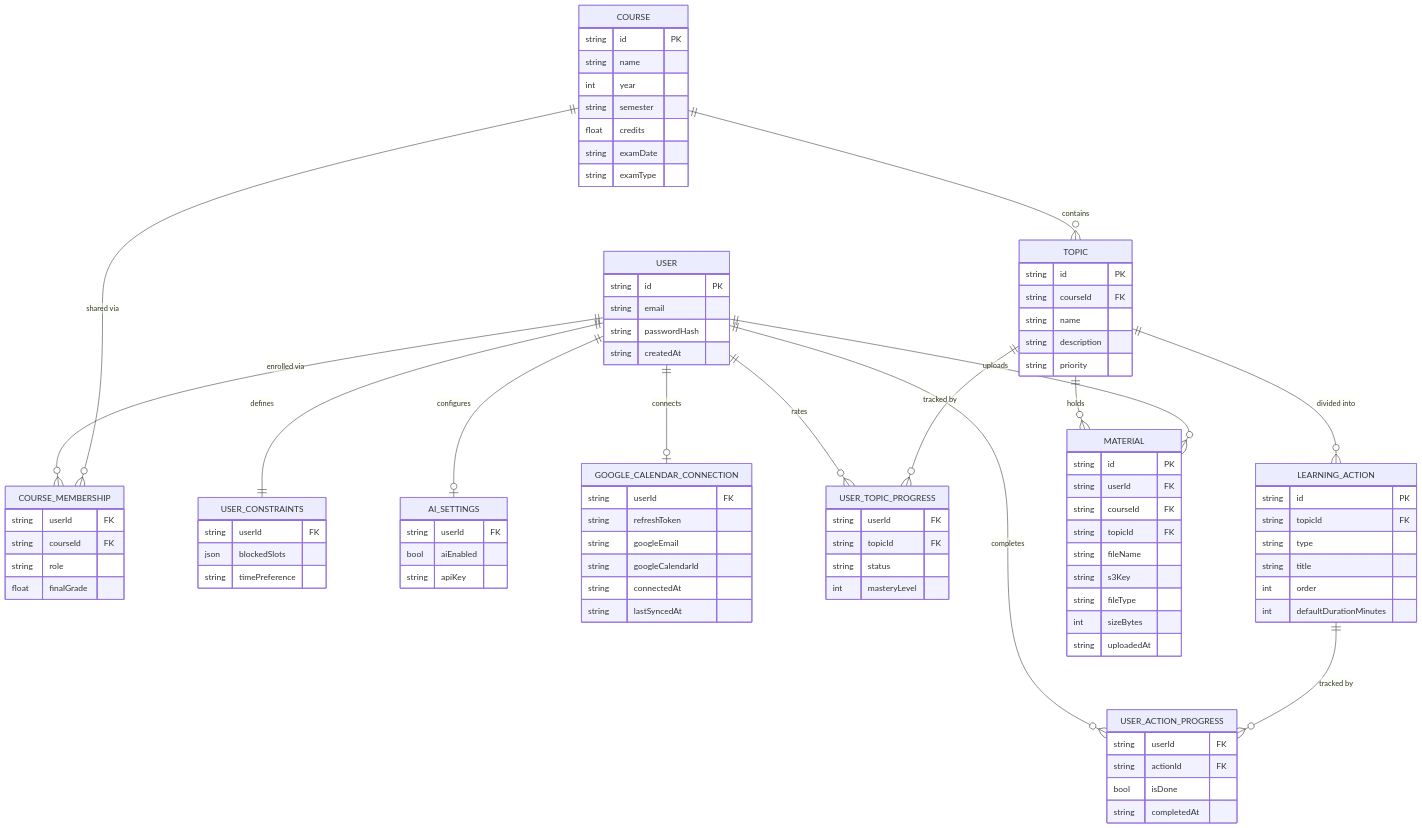
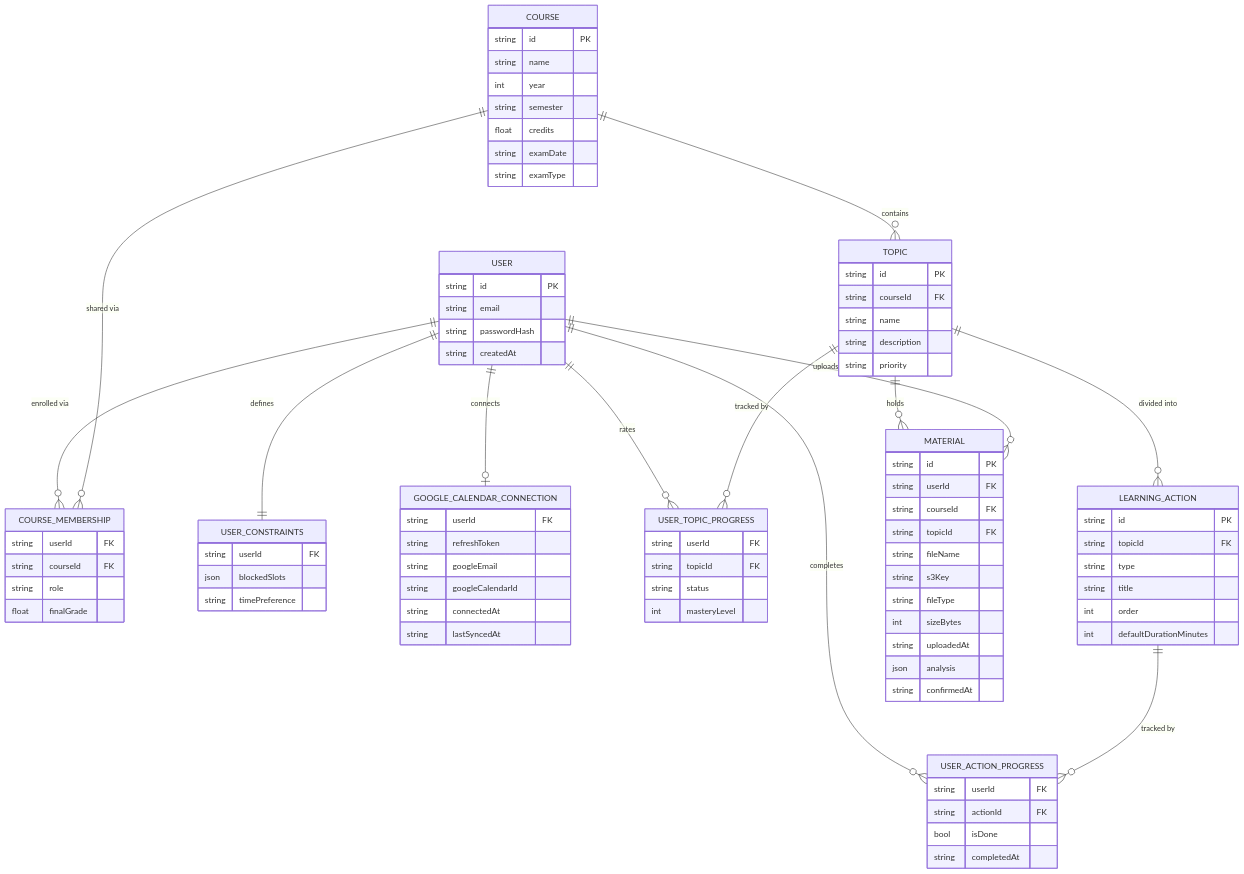
One commit to barbh1913/LearnSprint- changed the diagram in docs/erd.md. Above: the diagram before and after it, drawn with Mermaid. The commit also changed other lines of this file and 6 other files, not shown here.

```diff
--- a/docs/erd.md
+++ b/docs/erd.md
@@ -10,7 +10,6 @@
 erDiagram
     USER ||--o{ COURSE_MEMBERSHIP : "enrolled via"
     USER ||--|| USER_CONSTRAINTS : "defines"
-    USER ||--o| AI_SETTINGS : "configures"
     USER ||--o| GOOGLE_CALENDAR_CONNECTION : "connects"
     USER ||--o{ USER_TOPIC_PROGRESS : "rates"
     USER ||--o{ USER_ACTION_PROGRESS : "completes"
@@ -69,6 +68,8 @@
         string fileType
         int sizeBytes
         string uploadedAt
+        json analysis
+        string confirmedAt
     }
     USER_TOPIC_PROGRESS {
         string userId FK
@@ -87,11 +88,6 @@
         json blockedSlots
         string timePreference
     }
-    AI_SETTINGS {
-        string userId FK
-        bool aiEnabled
-        string apiKey
-    }
     GOOGLE_CALENDAR_CONNECTION {
         string userId FK
         string refreshToken
```
